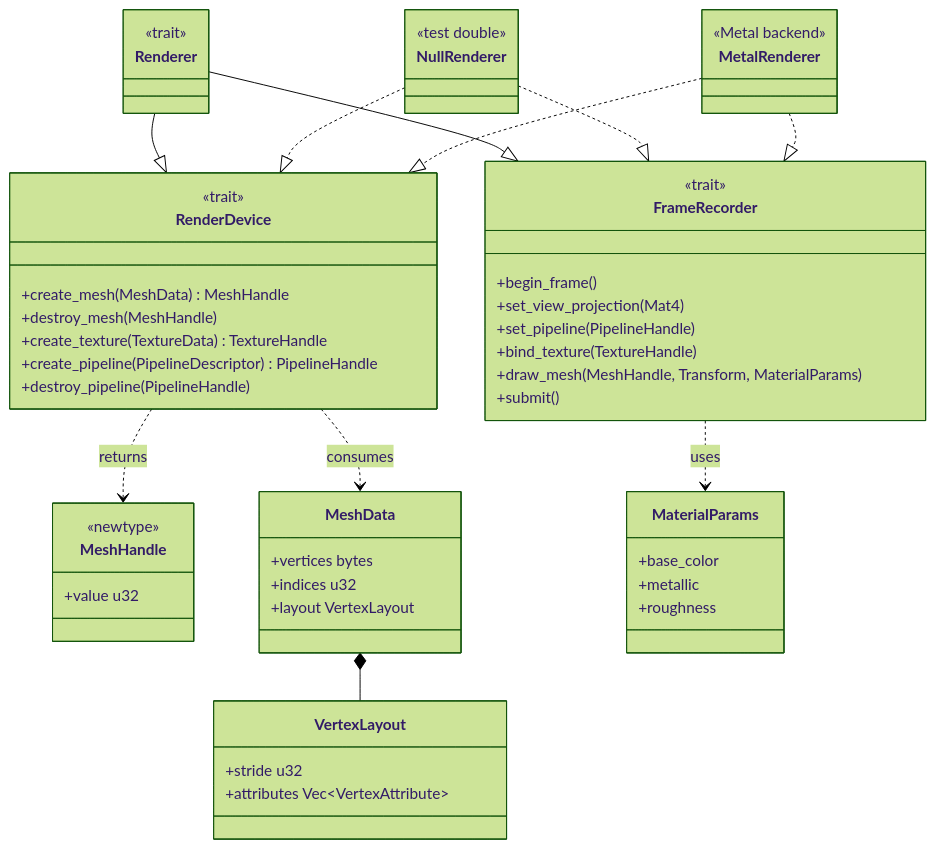
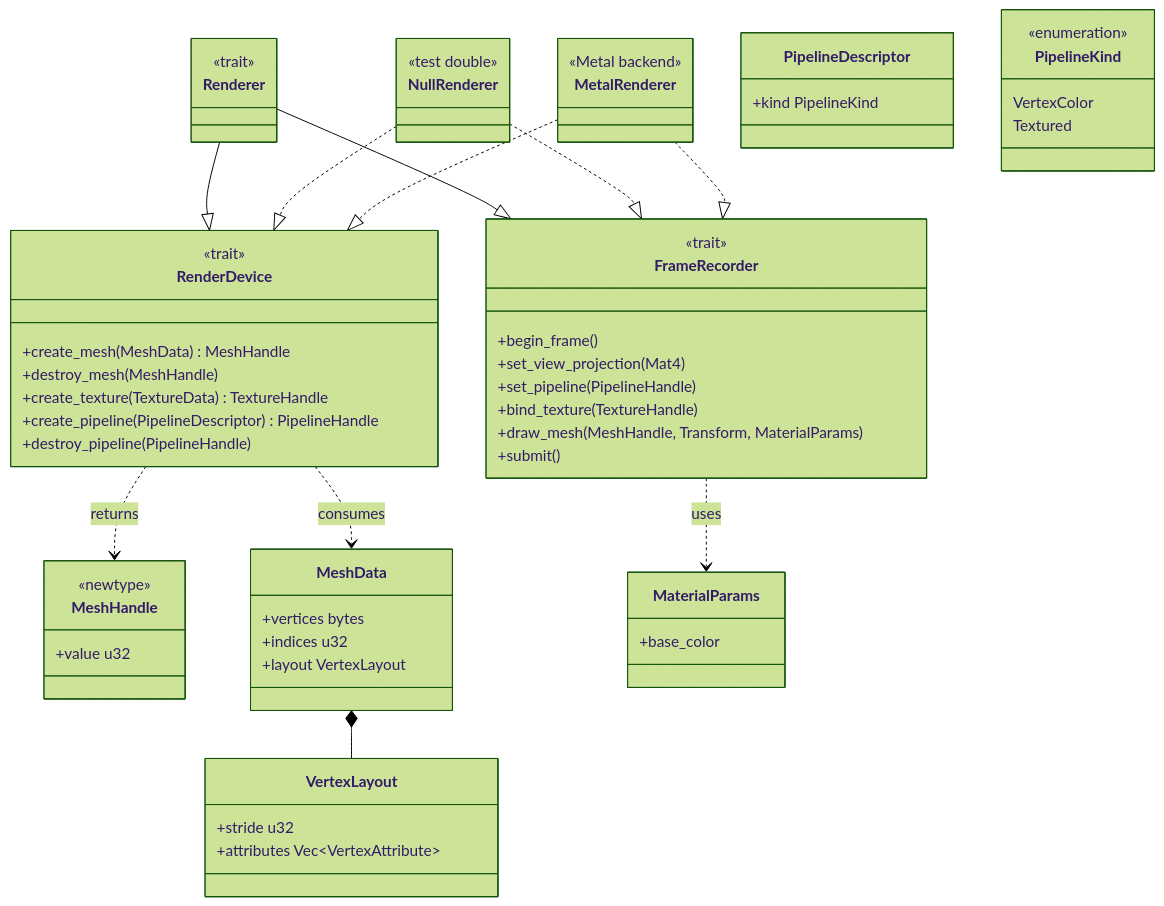
Before and after one commit to parsabee/KamanEngine: the third of 10 diagrams in docs/DESIGN.md, drawn with Mermaid (forest theme). The commit also changed 17 other files, not shown here.

````diff
--- a/docs/DESIGN.md
+++ b/docs/DESIGN.md
@@ -112,58 +112,64 @@
 ```mermaid
 classDiagram
     class RenderDevice {
         <<trait>>
         +create_mesh(MeshData) MeshHandle
         +destroy_mesh(MeshHandle)
         +create_texture(TextureData) TextureHandle
         +create_pipeline(PipelineDescriptor) PipelineHandle
         +destroy_pipeline(PipelineHandle)
     }
     class FrameRecorder {
         <<trait>>
         +begin_frame()
         +set_view_projection(Mat4)
         +set_pipeline(PipelineHandle)
         +bind_texture(TextureHandle)
         +draw_mesh(MeshHandle, Transform, MaterialParams)
         +submit()
     }
     class Renderer {
         <<trait>>
     }
     class NullRenderer {
         <<test double>>
     }
     class MetalRenderer {
         <<Metal backend>>
     }
     class MeshHandle {
         <<newtype>>
         +value u32
     }
     class MeshData {
         +vertices bytes
         +indices u32
         +layout VertexLayout
     }
     class VertexLayout {
         +stride u32
         +attributes Vec~VertexAttribute~
     }
     class MaterialParams {
         +base_color
-        +metallic
-        +roughness
+    }
+    class PipelineDescriptor {
+        +kind PipelineKind
+    }
+    class PipelineKind {
+        <<enumeration>>
+        VertexColor
+        Textured
     }
 
     Renderer --|> RenderDevice
     Renderer --|> FrameRecorder
     NullRenderer ..|> RenderDevice
     NullRenderer ..|> FrameRecorder
     MetalRenderer ..|> RenderDevice
     MetalRenderer ..|> FrameRecorder
     RenderDevice ..> MeshData : consumes
     RenderDevice ..> MeshHandle : returns
     MeshData *-- VertexLayout
     FrameRecorder ..> MaterialParams : uses
 ```
````
